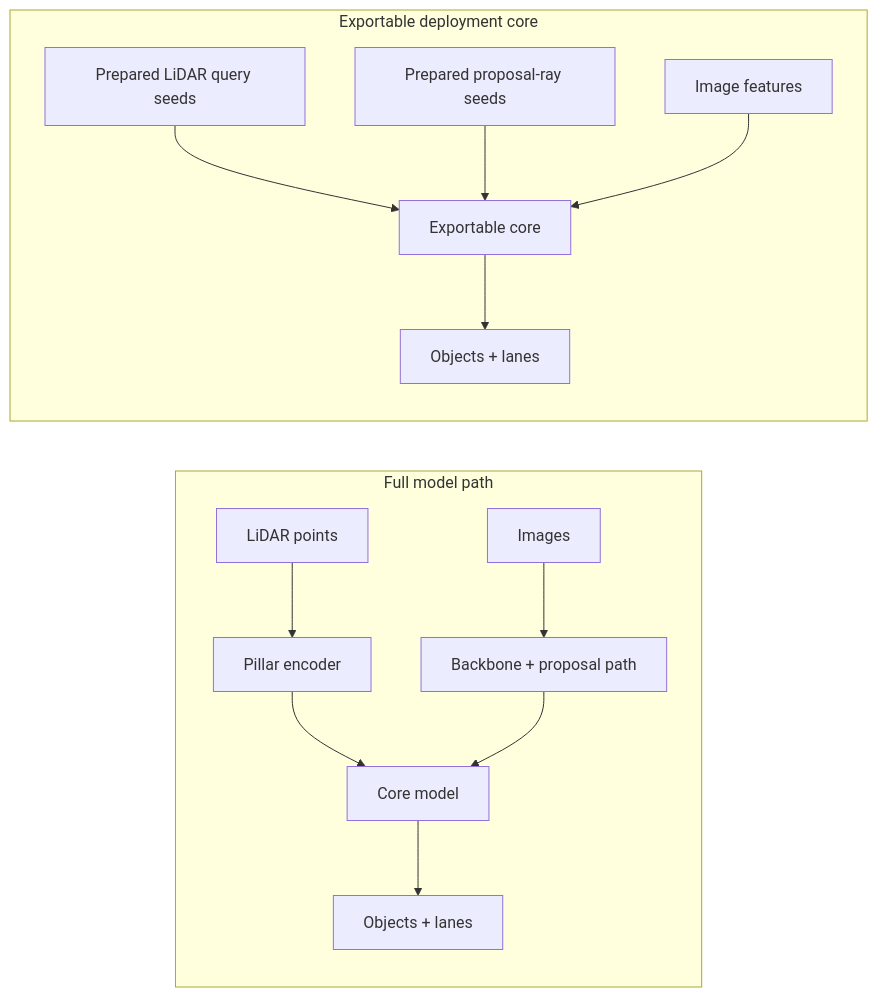
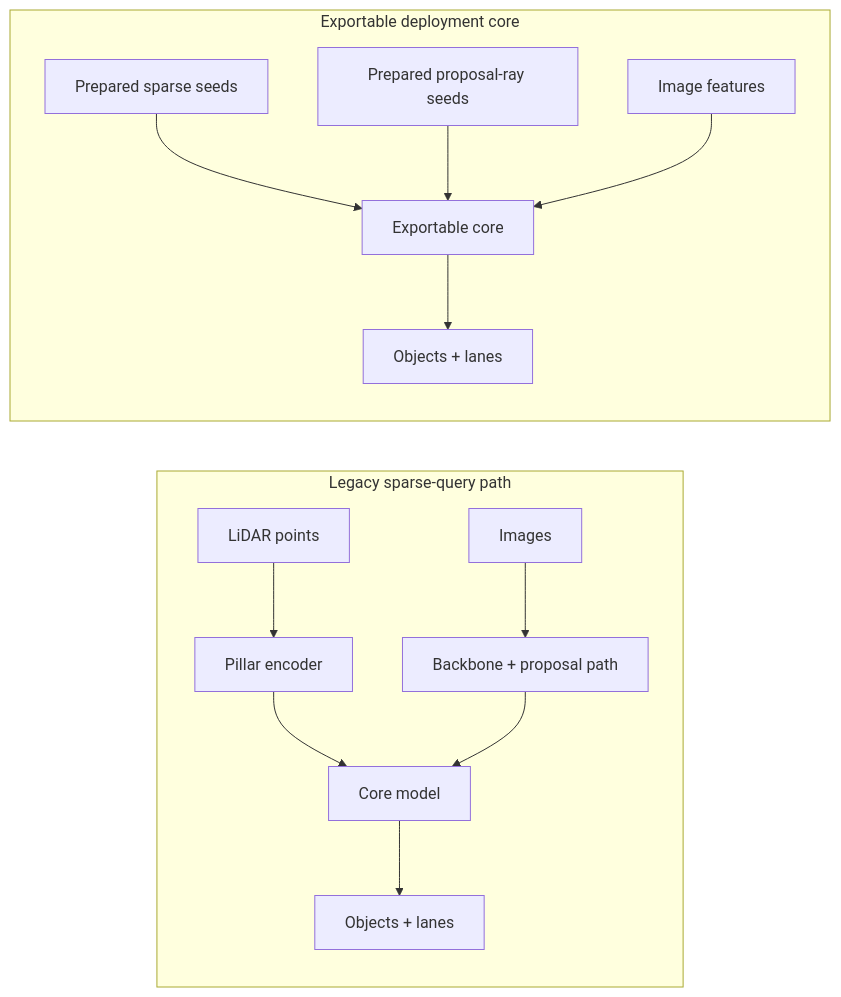
The third of 3 diagrams in docs/architecture.md (achbogga/tsqbev-poc), drawn with Mermaid before and after one commit. The commit also changed other lines of this file and 21 other files, not shown here.

Commit message:
Add dense-BEV reset architecture scaffold

````diff
--- a/docs/architecture.md
+++ b/docs/architecture.md
@@ -69,17 +69,17 @@
 ```mermaid
 flowchart LR
-    subgraph FullModel[Full model path]
+    subgraph LegacyModel[Legacy sparse-query path]
         A[LiDAR points] --> B[Pillar encoder]
         C[Images] --> D[Backbone + proposal path]
         B --> E[Core model]
         D --> E
         E --> F[Objects + lanes]
     end
 
     subgraph DeployCore[Exportable deployment core]
-        G[Prepared LiDAR query seeds] --> H[Exportable core]
+        G[Prepared sparse seeds] --> H[Exportable core]
         I[Prepared proposal-ray seeds] --> H
         J[Image features] --> H
         H --> K[Objects + lanes]
     end
 ```
````
